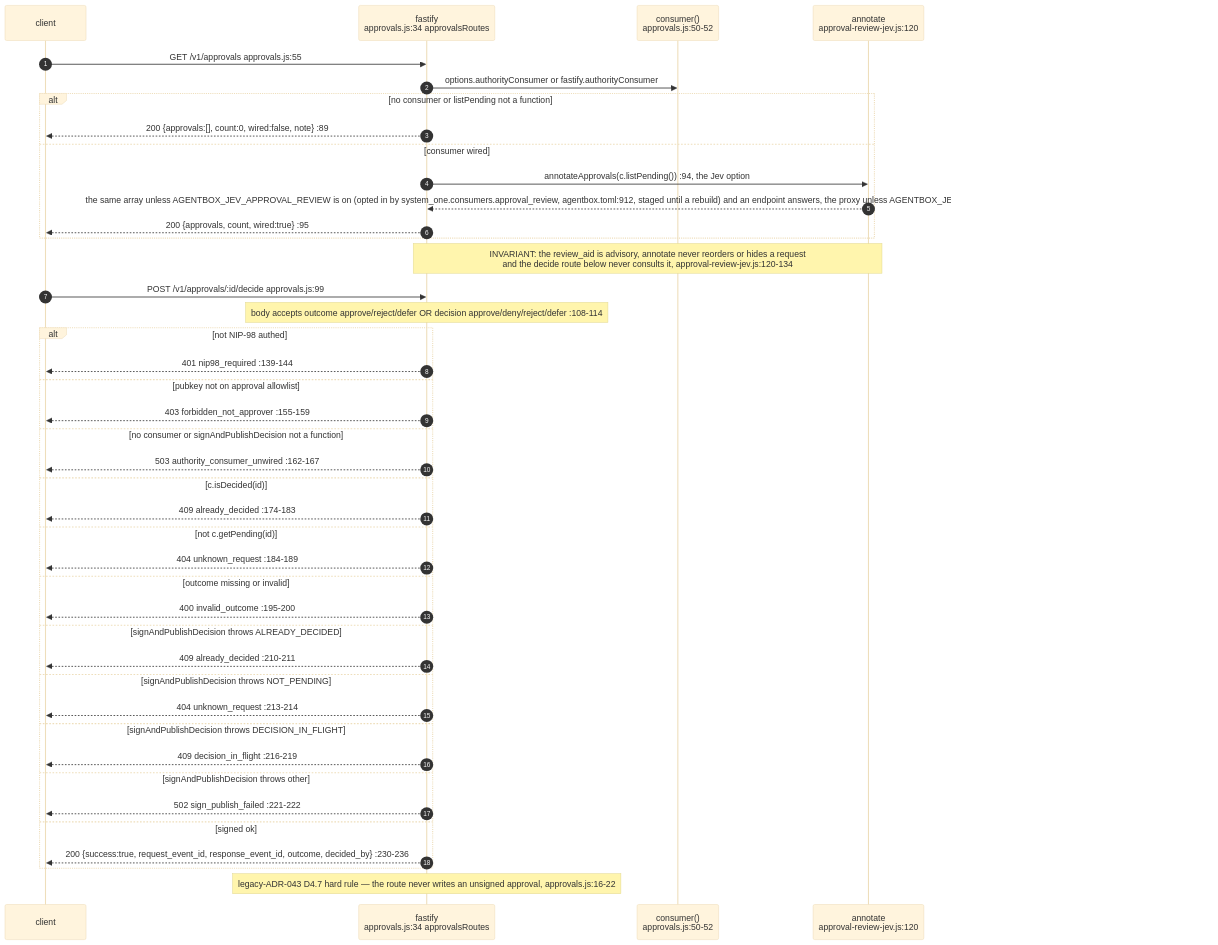
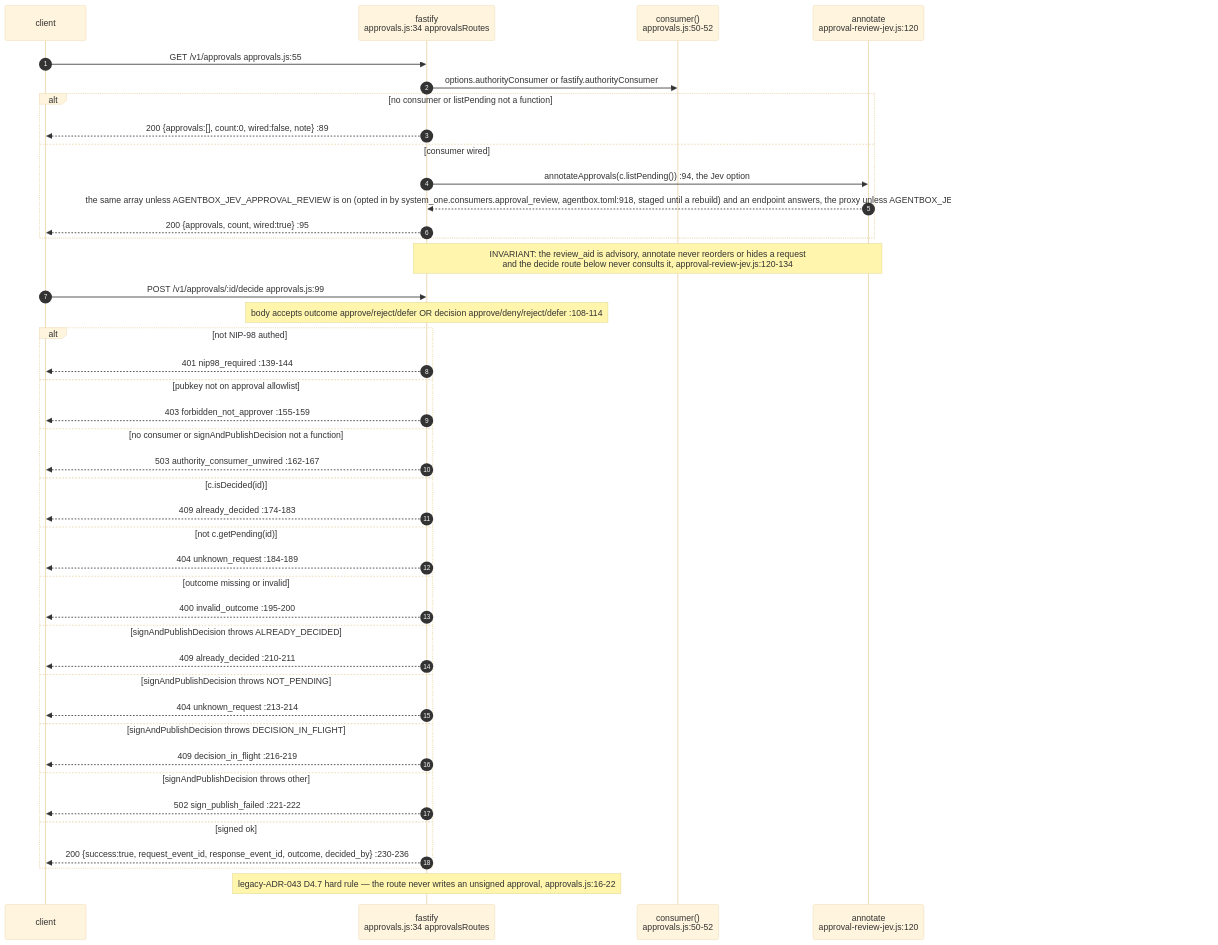
The fifth of 15 diagrams in docs/diagrams/agentbox/14-governance-journal-actions-approvals.md (DreamLab-AI/VisionFlow), drawn with Mermaid (base theme) before and after one commit. The commit also changed other lines of this file and 36 other files, not shown here.

First line of the commit message:
docs(diagrams): re-derive and re-stamp agentbox, dream-engine, visioncraft, visiontouch and vowl topics; drop LAN addresses

````diff
--- a/docs/diagrams/agentbox/14-governance-journal-actions-approvals.md
+++ b/docs/diagrams/agentbox/14-governance-journal-actions-approvals.md
@@ -266,46 +270,46 @@
 ```mermaid
 sequenceDiagram
     autonumber
     participant C as client
     participant FA as fastify<br/>approvals.js:34 approvalsRoutes
     participant CON as consumer()<br/>approvals.js:50-52
     participant AJ as annotate<br/>approval-review-jev.js:120
 
     C->>FA: GET /v1/approvals approvals.js:55
     FA->>CON: options.authorityConsumer or fastify.authorityConsumer
     alt no consumer or listPending not a function
         FA-->>C: 200 {approvals:[], count:0, wired:false, note} :89
     else consumer wired
         FA->>AJ: annotateApprovals(c.listPending()) :94, the Jev option
-        AJ-->>FA: the same array unless AGENTBOX_JEV_APPROVAL_REVIEW is on (opted in by system_one.consumers.approval_review, agentbox.toml:912, staged until a rebuild) and an endpoint answers, the proxy unless AGENTBOX_JEV_APPROVAL_LOCAL_ONLY=1 (approval-review-jev.js:20-24,127)
+        AJ-->>FA: the same array unless AGENTBOX_JEV_APPROVAL_REVIEW is on (opted in by system_one.consumers.approval_review, agentbox.toml:918, staged until a rebuild) and an endpoint answers, the proxy unless AGENTBOX_JEV_APPROVAL_LOCAL_ONLY=1 (approval-review-jev.js:20-24,127)
         FA-->>C: 200 {approvals, count, wired:true} :95
     end
     Note over FA,AJ: INVARIANT: the review_aid is advisory, annotate never reorders or hides a request<br/>and the decide route below never consults it, approval-review-jev.js:120-134
 
     C->>FA: POST /v1/approvals/:id/decide approvals.js:99
     Note over FA: body accepts outcome approve/reject/defer OR decision approve/deny/reject/defer :108-114
     alt not NIP-98 authed
         FA-->>C: 401 nip98_required :139-144
     else pubkey not on approval allowlist
         FA-->>C: 403 forbidden_not_approver :155-159
     else no consumer or signAndPublishDecision not a function
         FA-->>C: 503 authority_consumer_unwired :162-167
     else c.isDecided(id)
         FA-->>C: 409 already_decided :174-183
     else not c.getPending(id)
         FA-->>C: 404 unknown_request :184-189
     else outcome missing or invalid
         FA-->>C: 400 invalid_outcome :195-200
     else signAndPublishDecision throws ALREADY_DECIDED
         FA-->>C: 409 already_decided :210-211
     else signAndPublishDecision throws NOT_PENDING
         FA-->>C: 404 unknown_request :213-214
     else signAndPublishDecision throws DECISION_IN_FLIGHT
         FA-->>C: 409 decision_in_flight :216-219
     else signAndPublishDecision throws other
         FA-->>C: 502 sign_publish_failed :221-222
     else signed ok
         FA-->>C: 200 {success:true, request_event_id, response_event_id, outcome, decided_by} :230-236
     end
     Note over FA: legacy-ADR-043 D4.7 hard rule — the route never writes an unsigned approval, approvals.js:16-22
 ```
````
